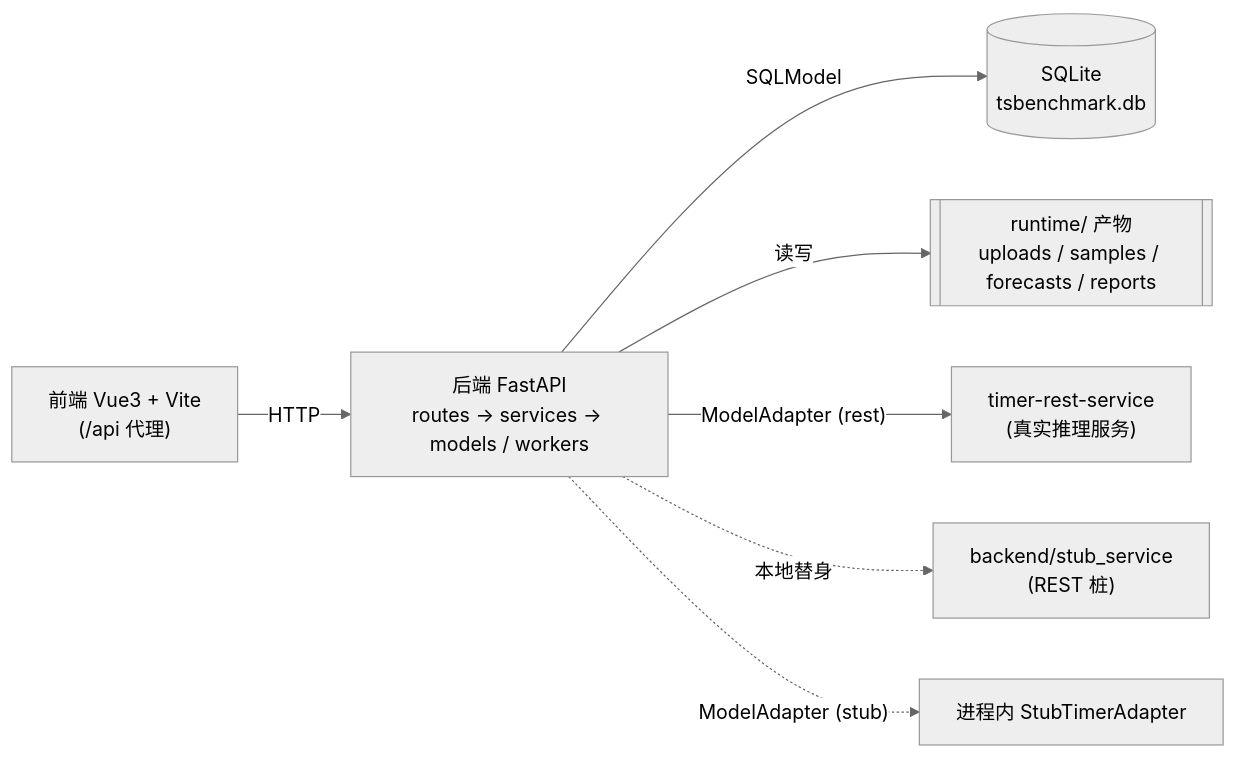
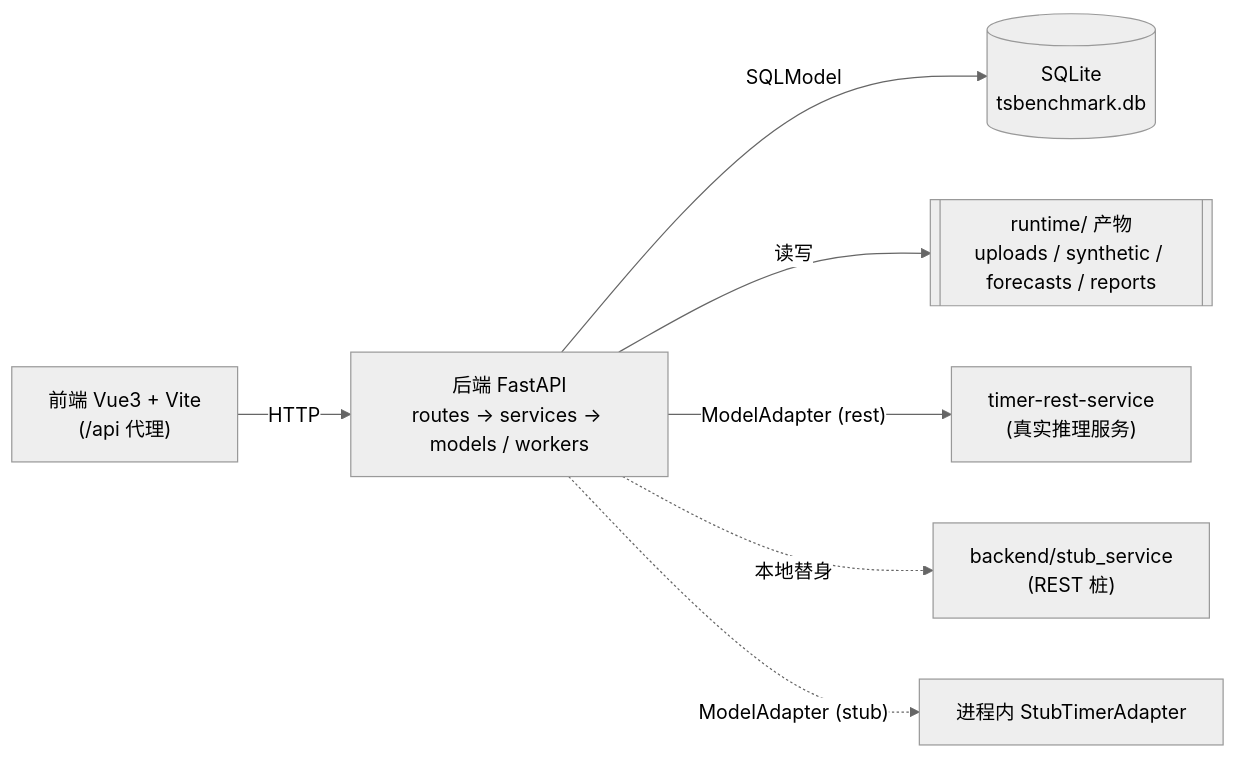
One commit to thulab/CaFE changed the diagram in docs/developer/README.md. Above: the diagram before and after it, drawn with Mermaid (neutral theme). The commit also changed other lines of this file and 30 other files, not shown here.

````diff
--- a/docs/developer/README.md
+++ b/docs/developer/README.md
@@ -17,9 +17,9 @@
 ```mermaid
 flowchart LR
   FE["前端 Vue3 + Vite<br/>(/api 代理)"] -->|HTTP| BE["后端 FastAPI<br/>routes → services → models / workers"]
   BE -->|SQLModel| DB[("SQLite<br/>tsbenchmark.db")]
-  BE -->|读写| RT[["runtime/ 产物<br/>uploads / samples / forecasts / reports"]]
+  BE -->|读写| RT[["runtime/ 产物<br/>uploads / synthetic / forecasts / reports"]]
   BE -->|"ModelAdapter (rest)"| SVC["timer-rest-service<br/>(真实推理服务)"]
   BE -.->|"本地替身"| STUB["backend/stub_service<br/>(REST 桩)"]
   BE -.->|"ModelAdapter (stub)"| INPROC["进程内 StubTimerAdapter"]
 ```
````
